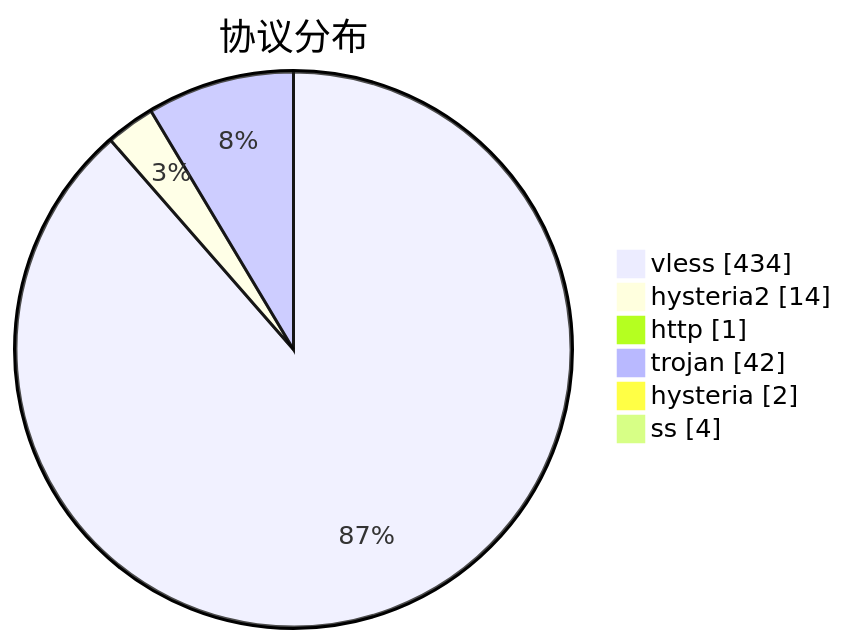
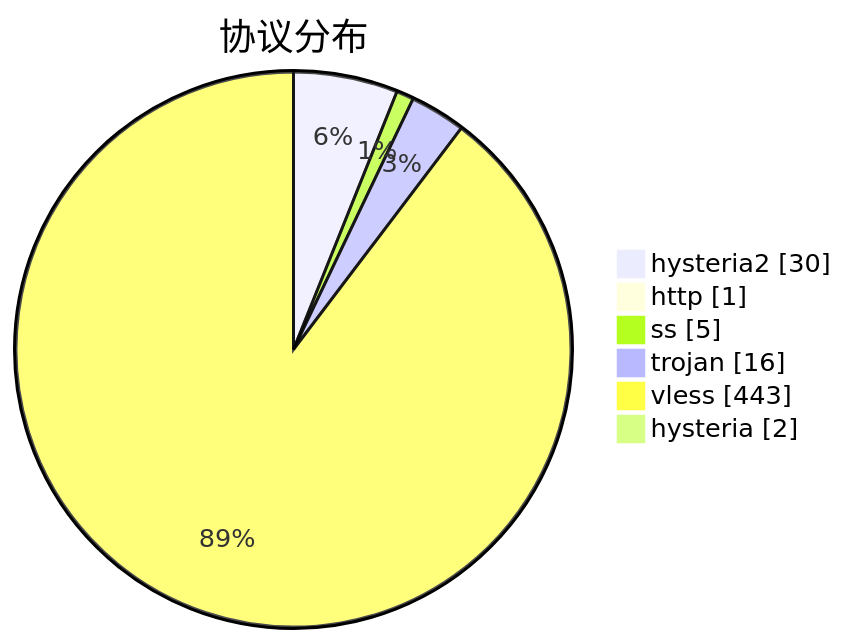
Before and after one commit to sinspired/airport: the third of 3 diagrams in subs/statistics/tested_within.md, drawn with Mermaid. The commit also changed other lines of this file and 2 other files, not shown here.

````diff
--- a/subs/statistics/tested_within.md
+++ b/subs/statistics/tested_within.md
@@ -36,10 +38,10 @@
 ```mermaid
 pie showData
 title 协议分布
-"vless" : 434
-"hysteria2" : 14
+"hysteria2" : 30
 "http" : 1
-"trojan" : 42
+"ss" : 5
+"trojan" : 16
+"vless" : 443
 "hysteria" : 2
-"ss" : 4
 ```
````
